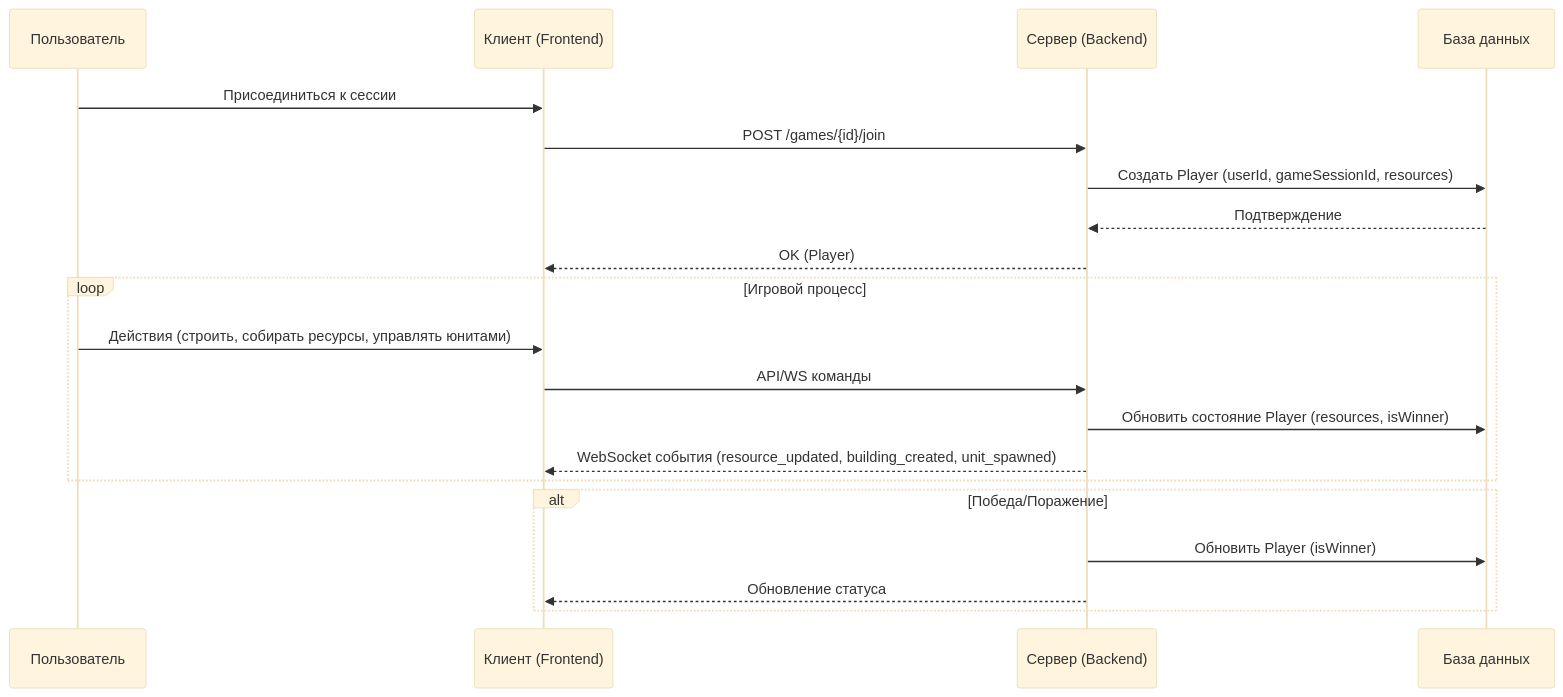
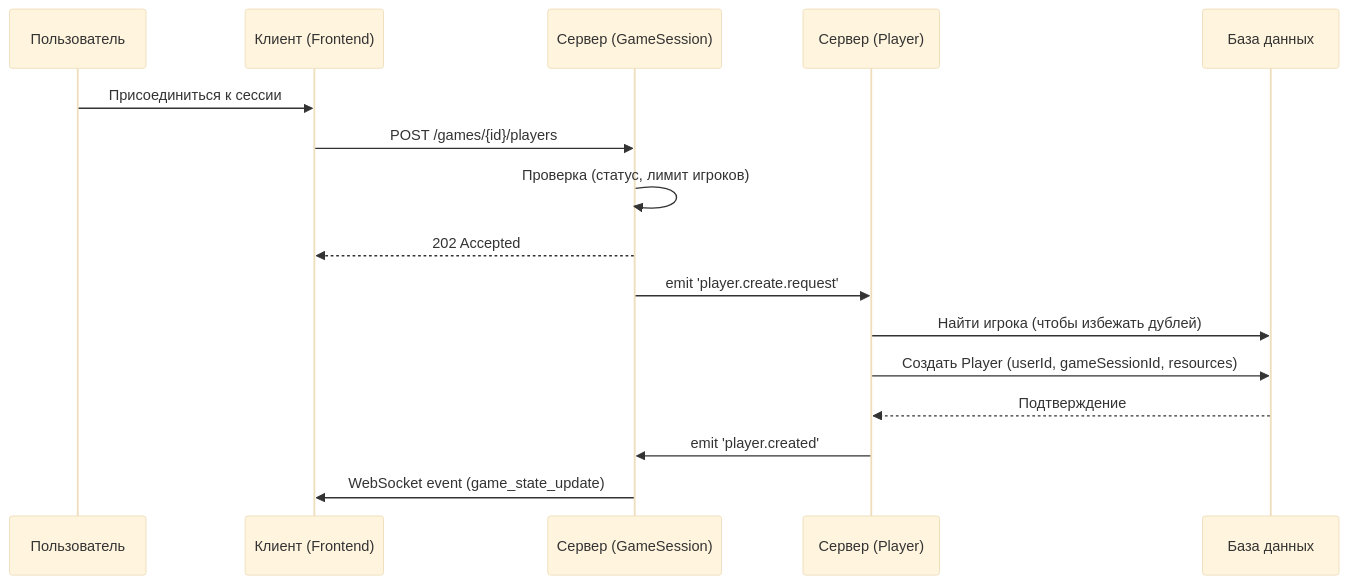
Before and after one commit to SanoLitch/auto-strategy: the diagram in docs/08_player_analytics.md, drawn with Mermaid (base theme). The commit also changed other lines of this file and 21 other files, not shown here.

Commit message:
refactor game session to aggregate

````diff
--- a/docs/08_player_analytics.md
+++ b/docs/08_player_analytics.md
@@ -94,23 +94,21 @@
 ```mermaid
 sequenceDiagram
     participant User as Пользователь
     participant Client as Клиент (Frontend)
-    participant Server as Сервер (Backend)
+    participant GameSessionService as Сервер (GameSession)
+    participant PlayerService as Сервер (Player)
     participant DB as База данных
 
     User->>Client: Присоединиться к сессии
-    Client->>Server: POST /games/{id}/join
-    Server->>DB: Создать Player (userId, gameSessionId, resources)
-    DB-->>Server: Подтверждение
-    Server-->>Client: OK (Player)
-    loop Игровой процесс
-        User->>Client: Действия (строить, собирать ресурсы, управлять юнитами)
-        Client->>Server: API/WS команды
-        Server->>DB: Обновить состояние Player (resources, isWinner)
-        Server-->>Client: WebSocket события (resource_updated, building_created, unit_spawned)
-    end
-    alt Победа/Поражение
-        Server->>DB: Обновить Player (isWinner)
-        Server-->>Client: Обновление статуса
-    end
+    Client->>GameSessionService: POST /games/{id}/players
+    GameSessionService->>GameSessionService: Проверка (статус, лимит игроков)
+    GameSessionService-->>Client: 202 Accepted
+    GameSessionService->>PlayerService: emit 'player.create.request'
+
+    PlayerService->>DB: Найти игрока (чтобы избежать дублей)
+    PlayerService->>DB: Создать Player (userId, gameSessionId, resources)
+    DB-->>PlayerService: Подтверждение
+    PlayerService->>GameSessionService: emit 'player.created'
+
+    GameSessionService->>Client: WebSocket event (game_state_update)
 ```
````
